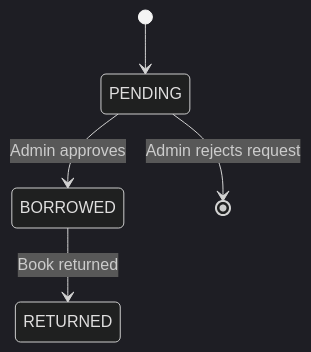
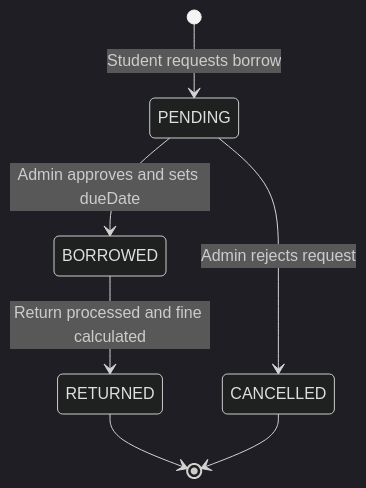
The third of 6 diagrams in README.md (AnouarMohamed/Mundia_library), drawn with Mermaid (dark theme) before and after one commit. The commit also changed other lines of this file, not shown here.

````diff
--- a/README.md
+++ b/README.md
@@ -99,7 +166,9 @@
 ```mermaid
 stateDiagram-v2
-  [*] --> PENDING
-  PENDING --> BORROWED: Admin approves
-  PENDING --> [*]: Admin rejects request
-  BORROWED --> RETURNED: Book returned
+  [*] --> PENDING: Student requests borrow
+  PENDING --> BORROWED: Admin approves and sets dueDate
+  PENDING --> CANCELLED: Admin rejects request
+  BORROWED --> RETURNED: Return processed and fine calculated
+  RETURNED --> [*]
+  CANCELLED --> [*]
 ```
````
